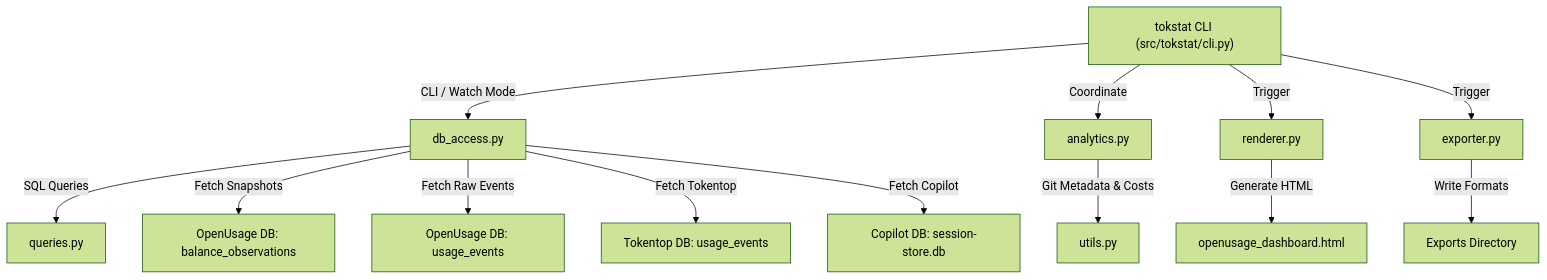
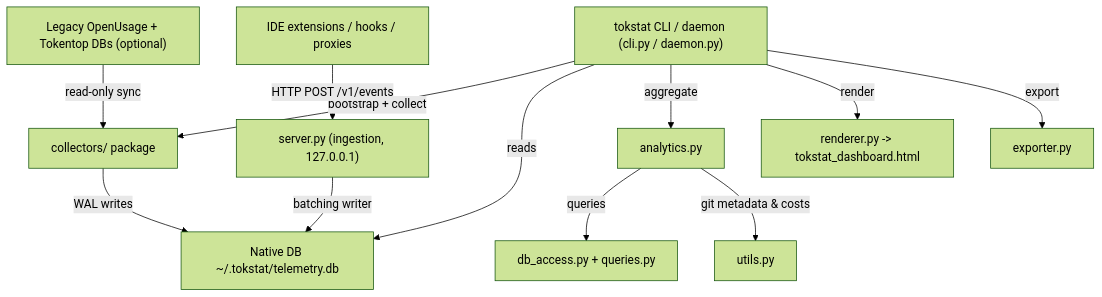
The diagram in docs/observatory_architecture.md (kendallcore/tokstat), drawn with Mermaid (forest theme) before and after one commit. The commit also changed other lines of this file and 2 other files, not shown here.

````diff
--- a/docs/observatory_architecture.md
+++ b/docs/observatory_architecture.md
@@ -11,15 +18,14 @@
 ```mermaid
 graph TD
-    A["tokstat CLI (src/tokstat/cli.py)"] -->|CLI / Watch Mode| B["db_access.py"]
-    A -->|Coordinate| C["analytics.py"]
-    A -->|Trigger| D["renderer.py"]
-    A -->|Trigger| E["exporter.py"]
-    B -->|SQL Queries| F["queries.py"]
-    B -->|Fetch Snapshots| J["OpenUsage DB: balance_observations"]
-    B -->|Fetch Raw Events| K["OpenUsage DB: usage_events"]
-    B -->|Fetch Tokentop| L["Tokentop DB: usage_events"]
-    B -->|Fetch Copilot| M["Copilot DB: session-store.db"]
-    C -->|Git Metadata & Costs| G["utils.py"]
-    D -->|Generate HTML| H["openusage_dashboard.html"]
-    E -->|Write Formats| I["Exports Directory"]
+    A["tokstat CLI / daemon (cli.py / daemon.py)"] -->|bootstrap + collect| B["collectors/ package"]
+    C["IDE extensions / hooks / proxies"] -->|HTTP POST /v1/events| D["server.py (ingestion, 127.0.0.1)"]
+    E["Legacy OpenUsage + Tokentop DBs (optional)"] -->|read-only sync| B
+    B -->|WAL writes| F["Native DB ~/.tokstat/telemetry.db"]
+    D -->|batching writer| F
+    A -->|reads| F
+    A -->|aggregate| G["analytics.py"]
+    G -->|queries| H["db_access.py + queries.py"]
+    G -->|git metadata & costs| I["utils.py"]
+    A -->|render| J["renderer.py -> tokstat_dashboard.html"]
+    A -->|export| K["exporter.py"]
 ```
````
